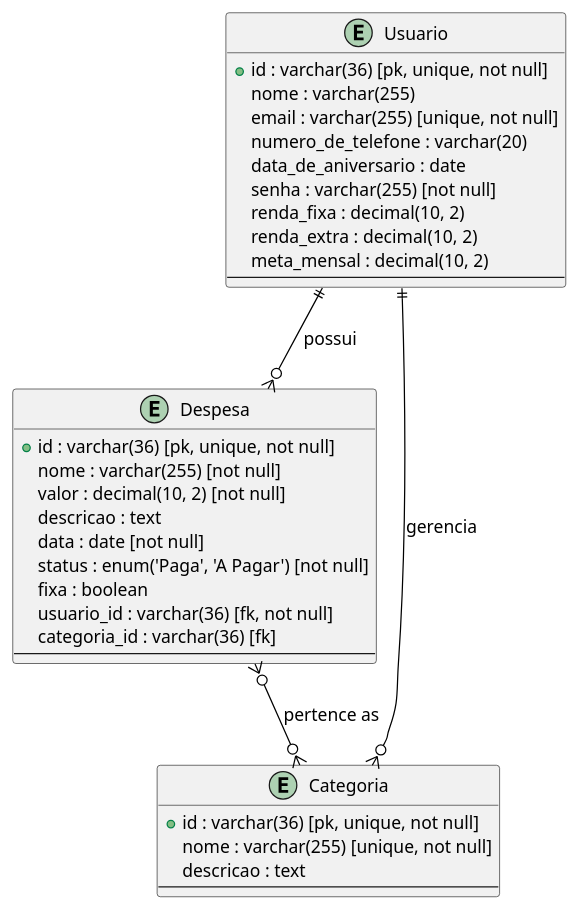
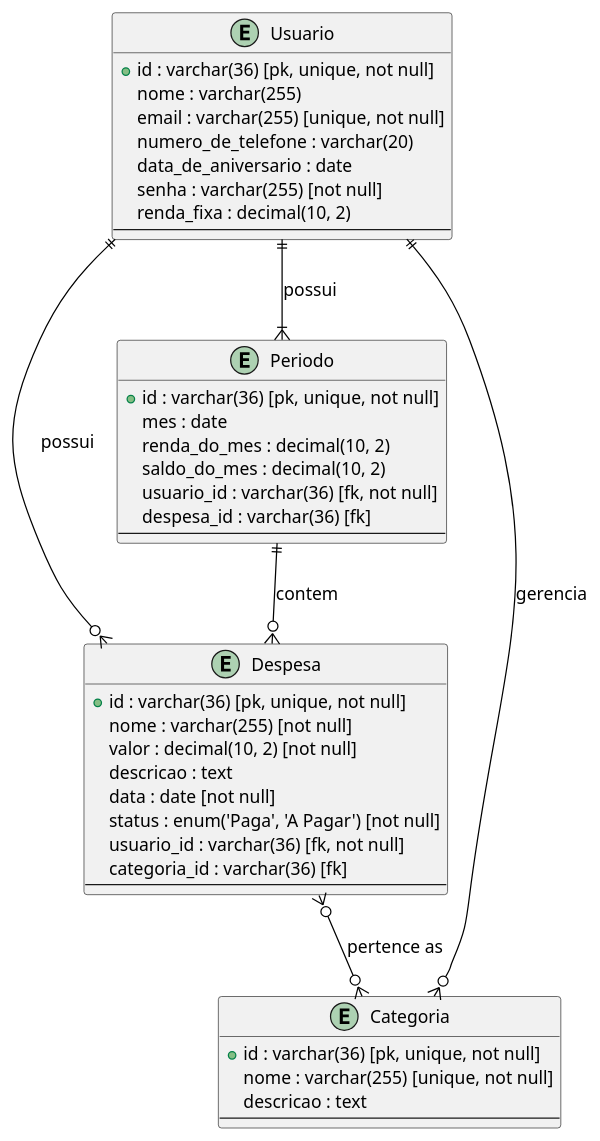
The diagram in documents/logic_diagram/logic_diagram.puml (LucasMairon/FinanSee), drawn with PlantUML before and after one commit. The commit also changed 1 other file, not shown here.

Commit message:
docs: updating logic diagram

```diff
--- a/documents/logic_diagram/logic_diagram.puml
+++ b/documents/logic_diagram/logic_diagram.puml
@@ -1,46 +1,55 @@
 @startuml Diagrama Lógico
 
 skinparam TableAttributeFontSize 12
 skinparam TableFontSize 14
 skinparam TableBorderColor black
 skinparam ArrowColor black
 skinparam ArrowFontSize 14
 
 entity "Usuario" as usuario {
   + id : varchar(36) [pk, unique, not null]
   nome : varchar(255)
   email : varchar(255) [unique, not null]
   numero_de_telefone : varchar(20)
   data_de_aniversario : date
   senha : varchar(255) [not null]
   renda_fixa : decimal(10, 2)
-  renda_extra : decimal(10, 2)
-  meta_mensal : decimal(10, 2)
   --
 }
 
 entity "Despesa" as despesa {
   + id : varchar(36) [pk, unique, not null]
   nome : varchar(255) [not null]
   valor : decimal(10, 2) [not null]
   descricao : text
   data : date [not null]
   status : enum('Paga', 'A Pagar') [not null]
-  fixa : boolean
   usuario_id : varchar(36) [fk, not null]
   categoria_id : varchar(36) [fk]
   --
 }
 
 entity "Categoria" as categoria {
   + id : varchar(36) [pk, unique, not null]
   nome : varchar(255) [unique, not null]
   descricao : text
   --
 }
 
+entity "Periodo" as periodo {
+  + id : varchar(36) [pk, unique, not null]
+  mes : date
+  renda_do_mes : decimal(10, 2)
+  saldo_do_mes : decimal(10, 2)
+  usuario_id : varchar(36) [fk, not null]
+  despesa_id : varchar(36) [fk]
+  --
+}
+
 usuario ||--o{ despesa : possui
+usuario ||--|{ periodo : possui
 usuario ||--o{ categoria : gerencia
 despesa }o--o{ categoria : pertence as
+periodo ||--o{ despesa: contem
 
 @enduml
```
